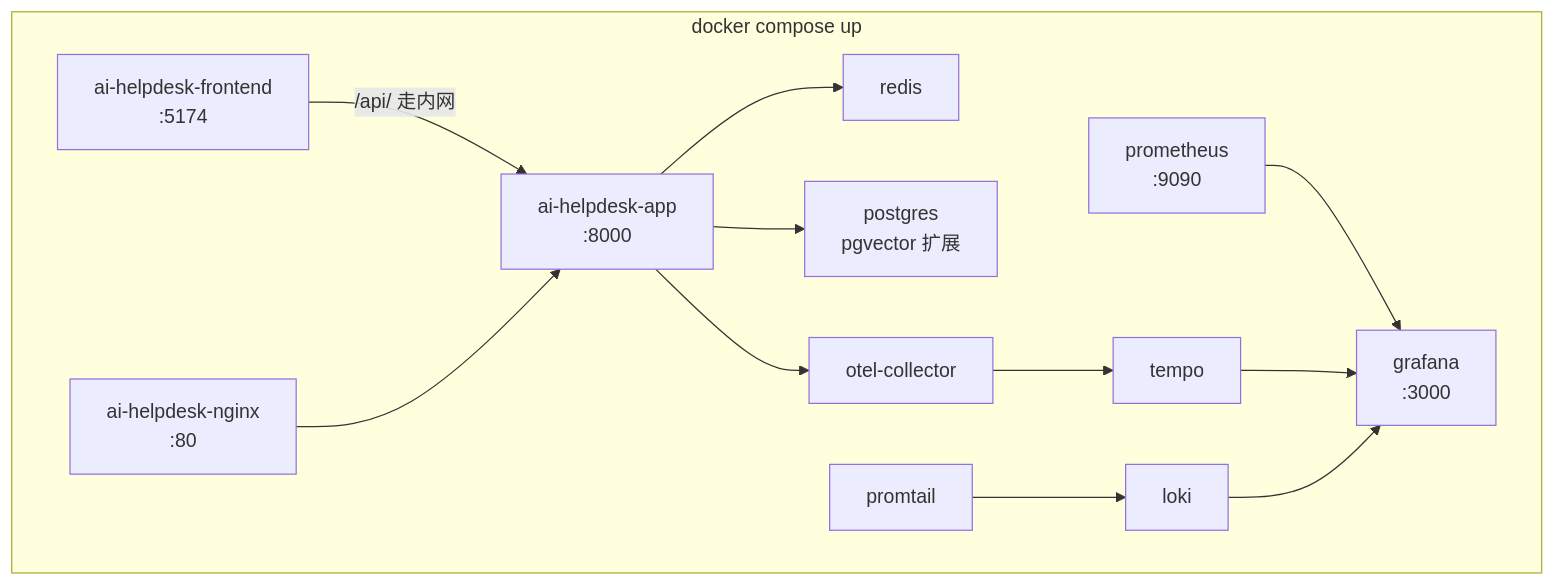
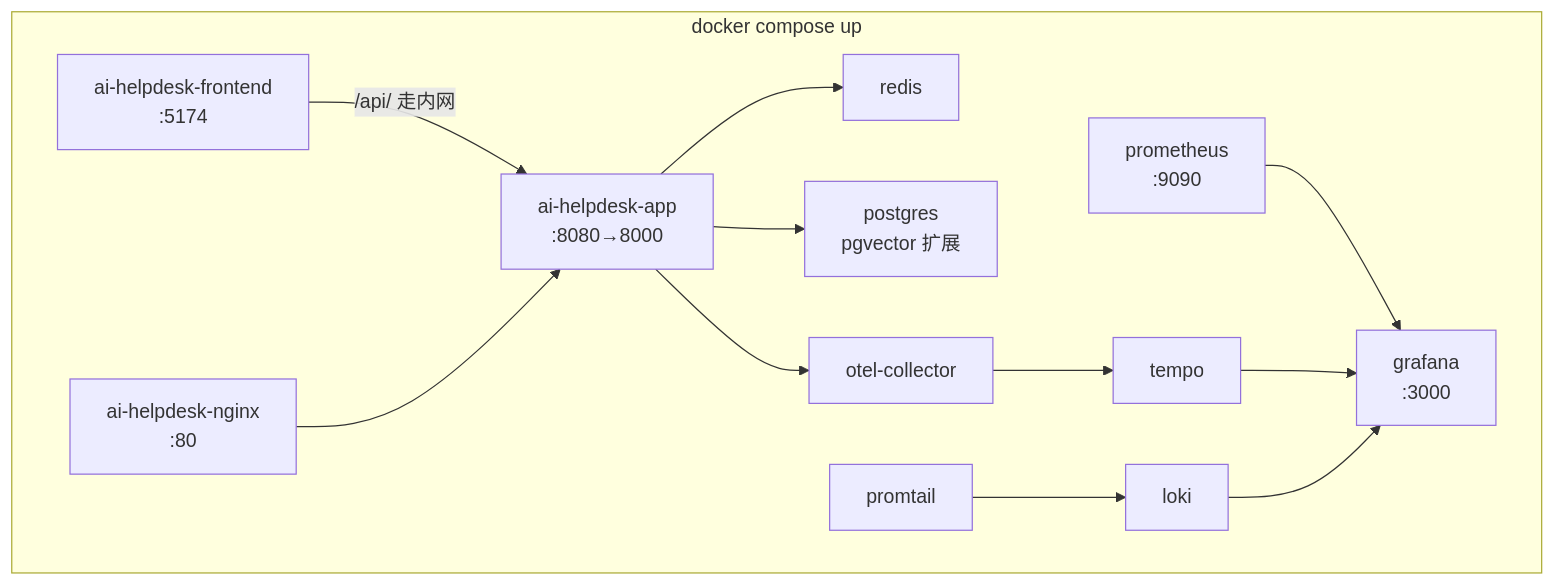
One commit to heyemlee/ai-helpdesk changed the sixth of 6 diagrams in docs/architecture.md. Above: the diagram before and after it, drawn with Mermaid. The commit also changed 10 other files, not shown here.

First line of the commit message:
docs: sync README, diagrams and code guide with the code

````diff
--- a/docs/architecture.md
+++ b/docs/architecture.md
@@ -143,23 +143,23 @@
 ```mermaid
 flowchart TD
     subgraph compose[docker compose up]
         FE[ai-helpdesk-frontend<br/>:5174]
-        APP[ai-helpdesk-app<br/>:8000]
+        APP[ai-helpdesk-app<br/>:8080→8000]
         NG[ai-helpdesk-nginx<br/>:80]
         R[redis]
         PG[postgres<br/>pgvector 扩展]
         P[prometheus<br/>:9090]
         OC[otel-collector]
         TP[tempo]
         LK[loki]
         PT[promtail]
         GF[grafana<br/>:3000]
     end
     FE -->|/api/ 走内网| APP
     NG --> APP
     APP --> R
     APP --> PG
     APP --> OC --> TP
     PT --> LK
     P & TP & LK --> GF
 ```
````
